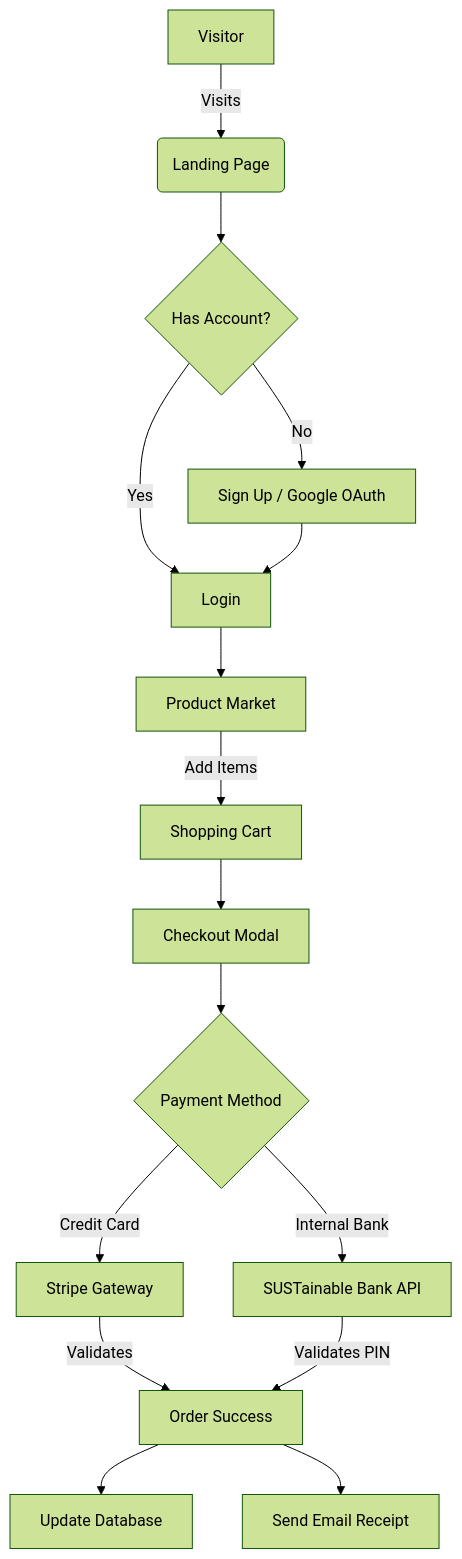
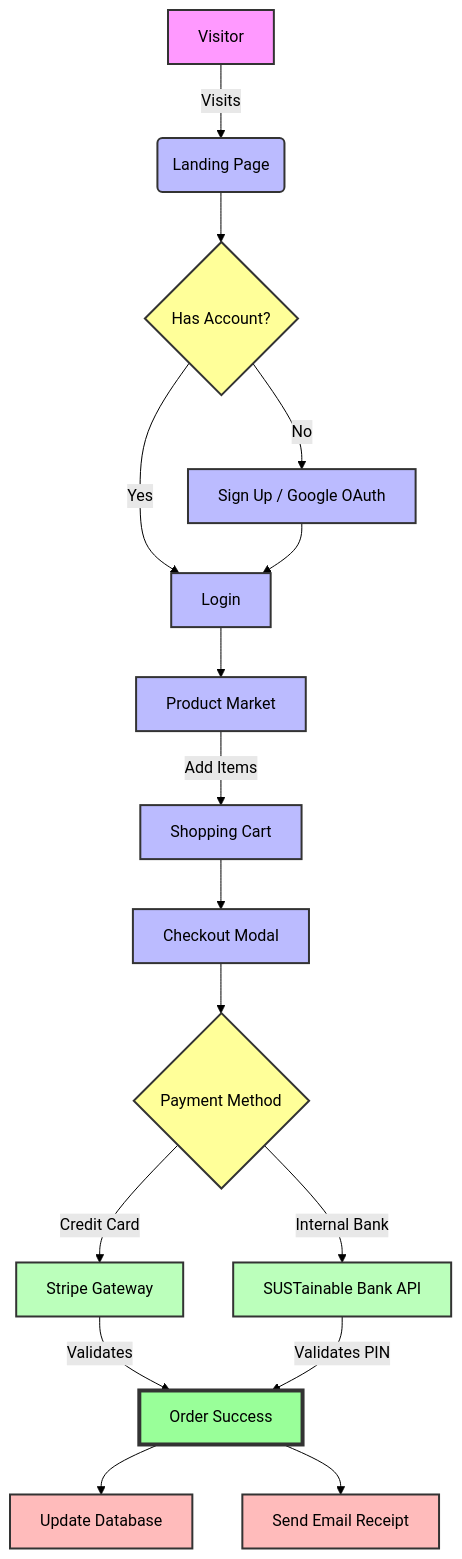
Before and after one commit to Sazim2019331087/Sylhet_IT_Shop: the first of 3 diagrams in README.md, drawn with Mermaid (forest theme). The commit also changed other lines of this file, not shown here.

`````diff
--- a/README.md
+++ b/README.md
@@ -62,18 +62,35 @@
 ```mermaid
 graph TD
+    %% Nodes
     A[Visitor] -->|Visits| B(Landing Page)
     B --> C{Has Account?}
     C -- No --> D[Sign Up / Google OAuth]
     C -- Yes --> E[Login]
     D --> E
     E --> F[Product Market]
     F -->|Add Items| G[Shopping Cart]
     G --> H[Checkout Modal]
     H --> I{Payment Method}
     I -- Credit Card --> J[Stripe Gateway]
     I -- Internal Bank --> K[SUSTainable Bank API]
     J -->|Validates| L[Order Success]
     K -->|Validates PIN| L
     L --> M[Update Database]
     L --> N[Send Email Receipt]
+
+    %% Styles
+    classDef start fill:#f9f,stroke:#333,stroke-width:2px,color:black;
+    classDef page fill:#bbf,stroke:#333,stroke-width:2px,color:black;
+    classDef decision fill:#ff9,stroke:#333,stroke-width:2px,color:black;
+    classDef action fill:#bfb,stroke:#333,stroke-width:2px,color:black;
+    classDef process fill:#fbb,stroke:#333,stroke-width:2px,color:black;
+    classDef endstate fill:#9f9,stroke:#333,stroke-width:4px,color:black;
+
+    %% Apply Styles
+    class A start;
+    class B,D,E,F,G,H page;
+    class C,I decision;
+    class J,K action;
+    class M,N process;
+    class L endstate;
 ````
`````
